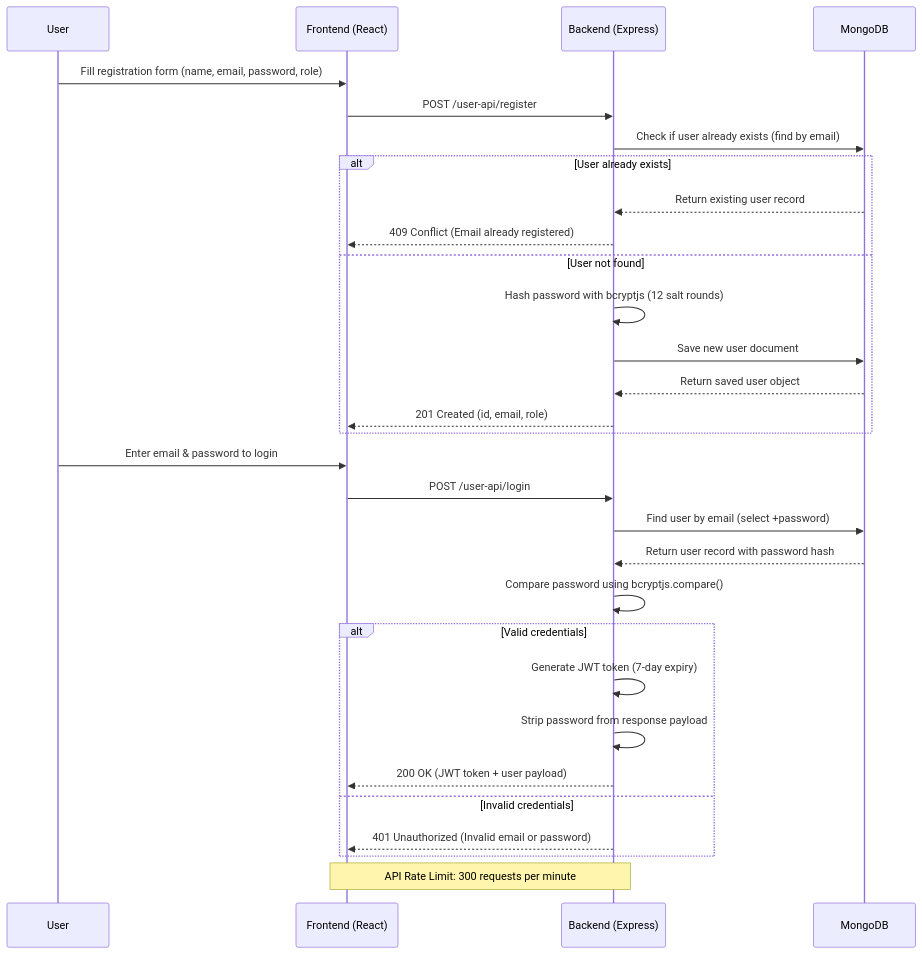
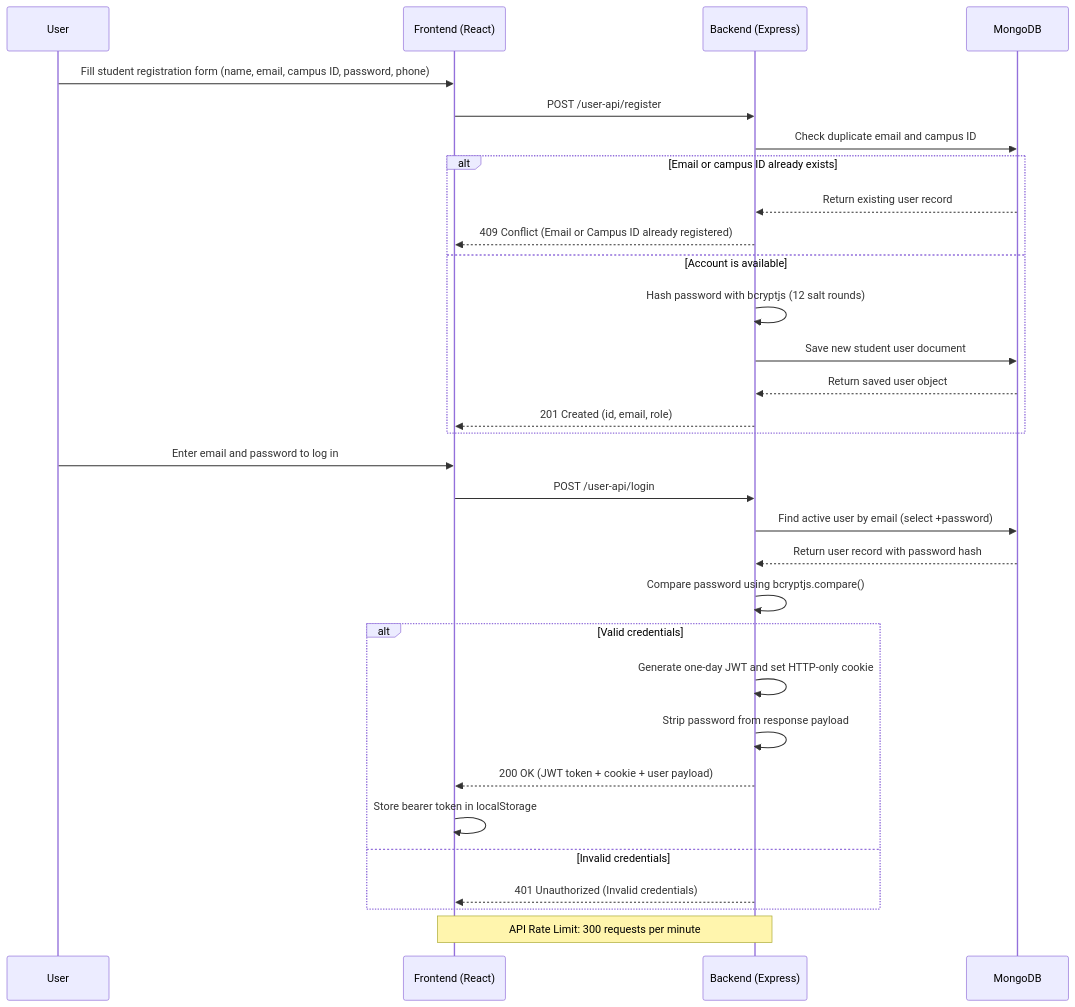
One commit to Adityamurthy775/CampusFlow changed the third of 11 diagrams in README.md. Above: the diagram before and after it, drawn with Mermaid. The commit also changed other lines of this file, not shown here.

Commit message:
fix: seed production database and add bearer token auth for cross-origin deployment

````diff
--- a/README.md
+++ b/README.md
@@ -216,35 +215,36 @@
 ```mermaid
 sequenceDiagram
     participant User as User
     participant Frontend as Frontend (React)
     participant Backend as Backend (Express)
     participant Database as MongoDB
 
-    User->>Frontend: Fill registration form (name, email, password, role)
+    User->>Frontend: Fill student registration form (name, email, campus ID, password, phone)
     Frontend->>Backend: POST /user-api/register
-    Backend->>Database: Check if user already exists (find by email)
-    alt User already exists
+    Backend->>Database: Check duplicate email and campus ID
+    alt Email or campus ID already exists
         Database-->>Backend: Return existing user record
-        Backend-->>Frontend: 409 Conflict (Email already registered)
-    else User not found
+        Backend-->>Frontend: 409 Conflict (Email or Campus ID already registered)
+    else Account is available
         Backend->>Backend: Hash password with bcryptjs (12 salt rounds)
-        Backend->>Database: Save new user document
+        Backend->>Database: Save new student user document
         Database-->>Backend: Return saved user object
         Backend-->>Frontend: 201 Created (id, email, role)
     end
 
-    User->>Frontend: Enter email & password to login
+    User->>Frontend: Enter email and password to log in
     Frontend->>Backend: POST /user-api/login
-    Backend->>Database: Find user by email (select +password)
+    Backend->>Database: Find active user by email (select +password)
     Database-->>Backend: Return user record with password hash
     Backend->>Backend: Compare password using bcryptjs.compare()
     alt Valid credentials
-        Backend->>Backend: Generate JWT token (7-day expiry)
+        Backend->>Backend: Generate one-day JWT and set HTTP-only cookie
         Backend->>Backend: Strip password from response payload
-        Backend-->>Frontend: 200 OK (JWT token + user payload)
+        Backend-->>Frontend: 200 OK (JWT token + cookie + user payload)
+        Frontend->>Frontend: Store bearer token in localStorage
     else Invalid credentials
-        Backend-->>Frontend: 401 Unauthorized (Invalid email or password)
+        Backend-->>Frontend: 401 Unauthorized (Invalid credentials)
     end
 
     Note over Frontend,Backend: API Rate Limit: 300 requests per minute
 ```
````
